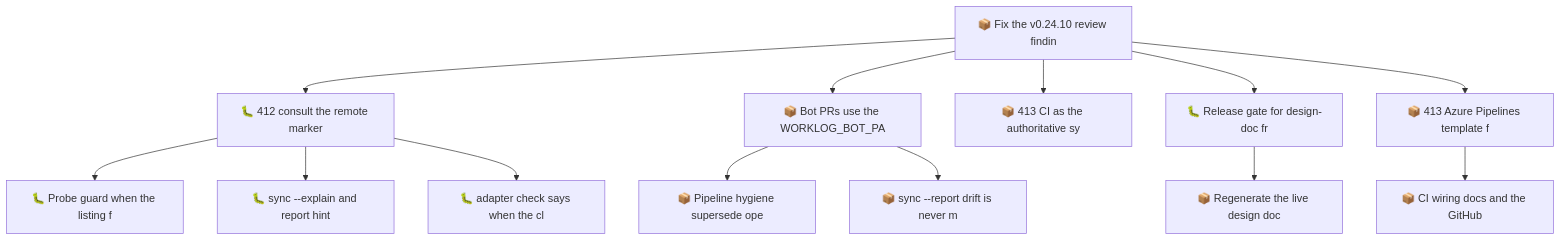
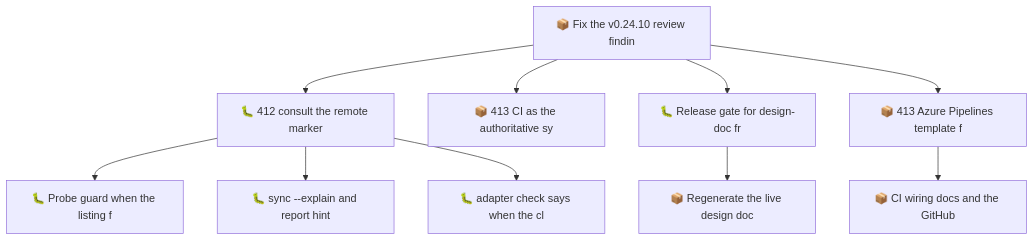
One commit to SpillwaveSolutions/wiki_ticket_sdd changed the second of 2 diagrams in docs/roadmap.md. Above: the diagram before and after it, drawn with Mermaid. The commit also changed other lines of this file and 17 other files, not shown here.

First line of the commit message:
ci: bot PRs use the WORKLOG_BOT_PAT identity; delete the status bridge (01M2XCWMVEH3XFP2VPS9JBD6XF)

````diff
--- a/docs/roadmap.md
+++ b/docs/roadmap.md
@@ -84,28 +75,22 @@
 ```mermaid
 graph TD
     01M2XCWMV0QYM4ZRBWN1V1327B["📦 Fix the v0.24.10 review findin"]
     01M2XCWMVD7KJ01FCNEV1X8237["🐛 412 consult the remote marker"]
     01M2XCWMVEH3XFP2VPS9JBD6X7["🐛 Probe guard when the listing f"]
     01M2XCWMVEH3XFP2VPS9JBD6X9["🐛 sync --explain and report hint"]
     01M2XCWMVEH3XFP2VPS9JBD6XB["🐛 adapter check says when the cl"]
-    01M2XCWMVEH3XFP2VPS9JBD6XF["📦 Bot PRs use the WORKLOG_BOT_PA"]
-    01M2XCWMVEH3XFP2VPS9JBD6XH["📦 Pipeline hygiene supersede ope"]
-    01M2XCWMVEH3XFP2VPS9JBD6XK["📦 sync --report drift is never m"]
     01M2XCWMVEH3XFP2VPS9JBD6XN["📦 413 CI as the authoritative sy"]
     01M2XCWMVEH3XFP2VPS9JBD6XQ["🐛 Release gate for design-doc fr"]
     01M2XCWMVEH3XFP2VPS9JBD6XS["📦 Regenerate the live design doc"]
     01M2XCWMVEH3XFP2VPS9JBD6XV["📦 413 Azure Pipelines template f"]
     01M2XCWMVEH3XFP2VPS9JBD6XX["📦 CI wiring docs and the GitHub"]
     01M2XCWMV0QYM4ZRBWN1V1327B --> 01M2XCWMVD7KJ01FCNEV1X8237
     01M2XCWMVD7KJ01FCNEV1X8237 --> 01M2XCWMVEH3XFP2VPS9JBD6X7
     01M2XCWMVD7KJ01FCNEV1X8237 --> 01M2XCWMVEH3XFP2VPS9JBD6X9
     01M2XCWMVD7KJ01FCNEV1X8237 --> 01M2XCWMVEH3XFP2VPS9JBD6XB
-    01M2XCWMV0QYM4ZRBWN1V1327B --> 01M2XCWMVEH3XFP2VPS9JBD6XF
-    01M2XCWMVEH3XFP2VPS9JBD6XF --> 01M2XCWMVEH3XFP2VPS9JBD6XH
-    01M2XCWMVEH3XFP2VPS9JBD6XF --> 01M2XCWMVEH3XFP2VPS9JBD6XK
     01M2XCWMV0QYM4ZRBWN1V1327B --> 01M2XCWMVEH3XFP2VPS9JBD6XN
     01M2XCWMV0QYM4ZRBWN1V1327B --> 01M2XCWMVEH3XFP2VPS9JBD6XQ
     01M2XCWMVEH3XFP2VPS9JBD6XQ --> 01M2XCWMVEH3XFP2VPS9JBD6XS
     01M2XCWMV0QYM4ZRBWN1V1327B --> 01M2XCWMVEH3XFP2VPS9JBD6XV
     01M2XCWMVEH3XFP2VPS9JBD6XV --> 01M2XCWMVEH3XFP2VPS9JBD6XX
 ```
````
